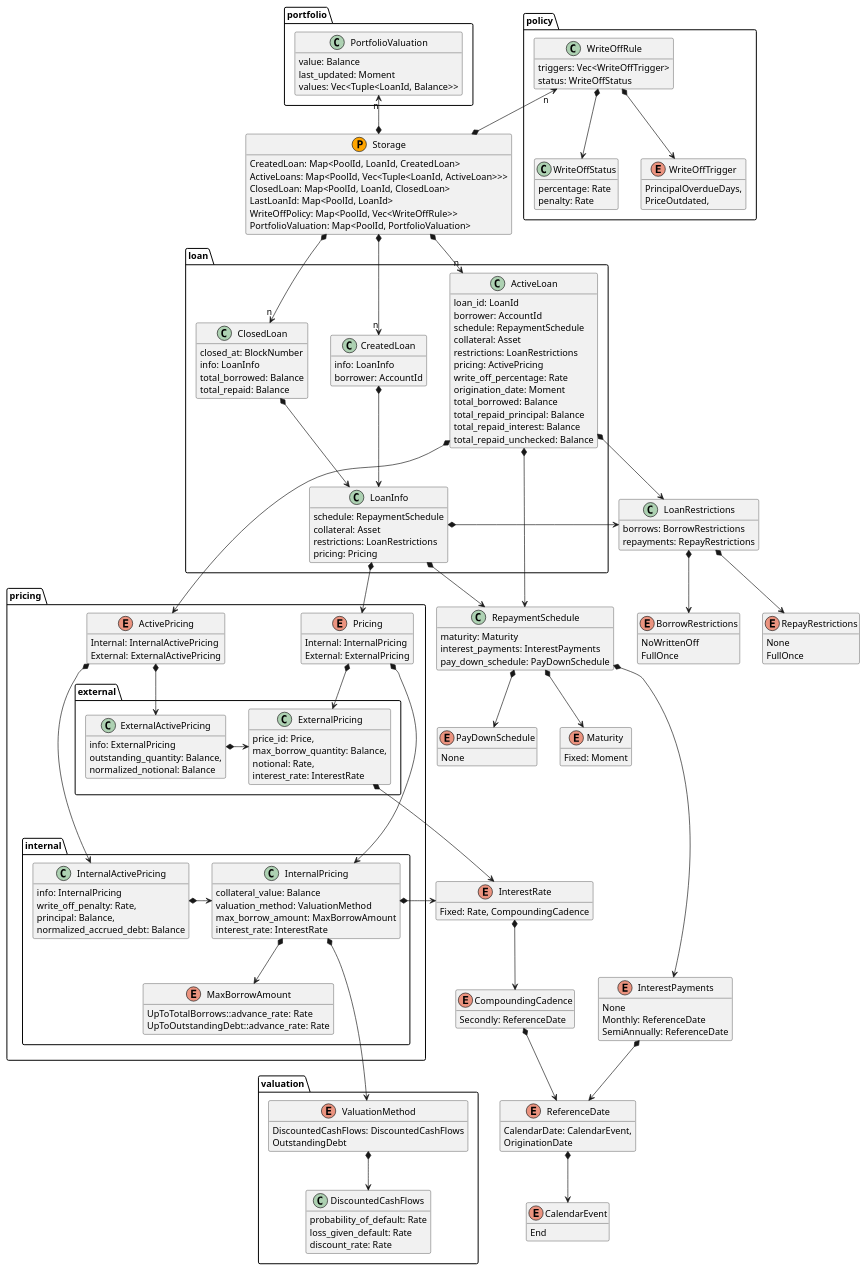
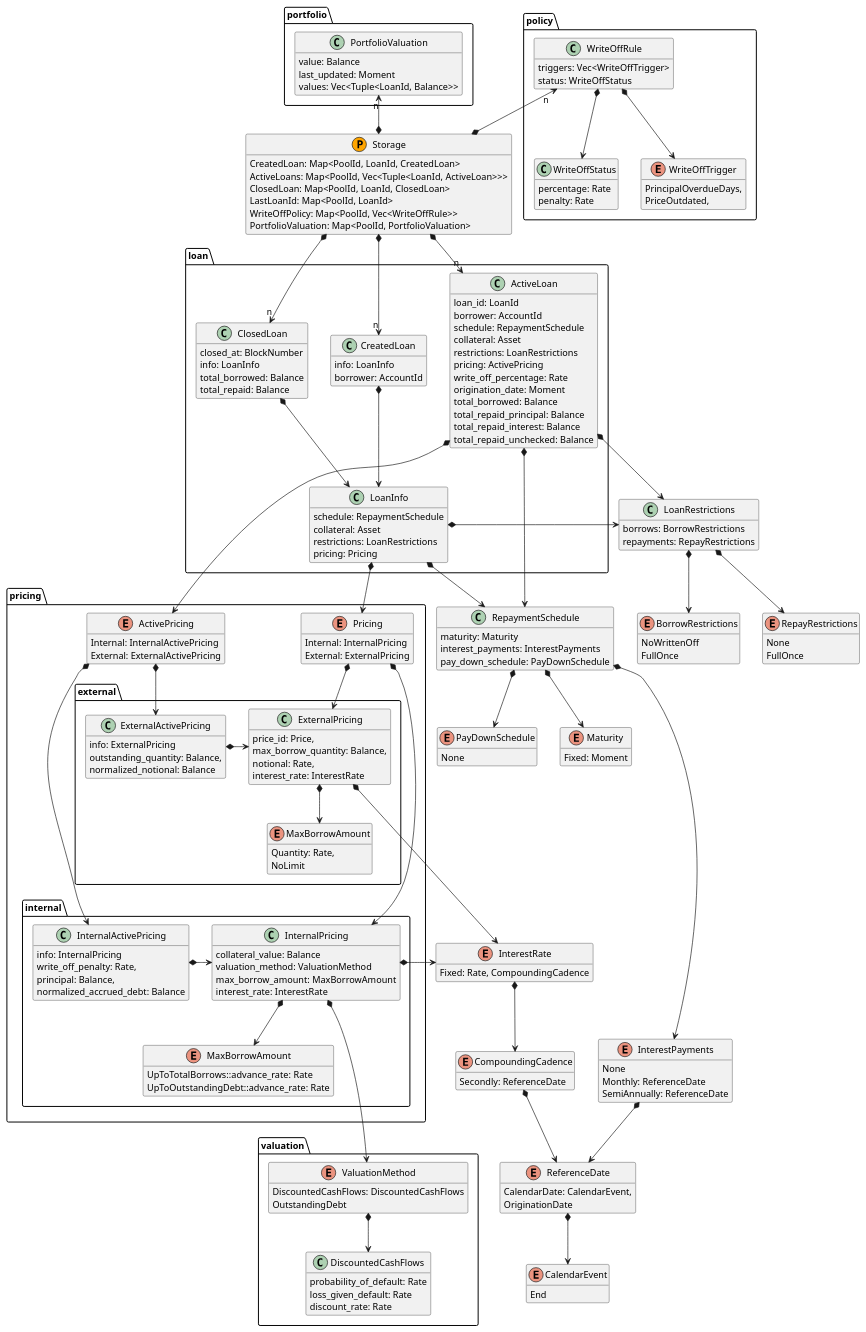
One commit to centrifuge/centrifuge-chain changed the diagram in pallets/loans/docs/types.md. Above: the diagram before and after it, drawn with PlantUML.

Commit message:
update diagram with max borrow amount

```diff
--- a/pallets/loans/docs/types.md
+++ b/pallets/loans/docs/types.md
@@ -143,6 +143,11 @@
     }
 
     package external {
+        enum MaxBorrowAmount {
+            Quantity: Rate,
+            NoLimit
+        }
+
         class ExternalPricing {
             price_id: Price,
             max_borrow_quantity: Balance,
@@ -150,6 +155,7 @@
             interest_rate: InterestRate
         }
 
+        ExternalPricing *--> MaxBorrowAmount
         ExternalPricing *-r-> InterestRate
 
         class ExternalActivePricing {
```
